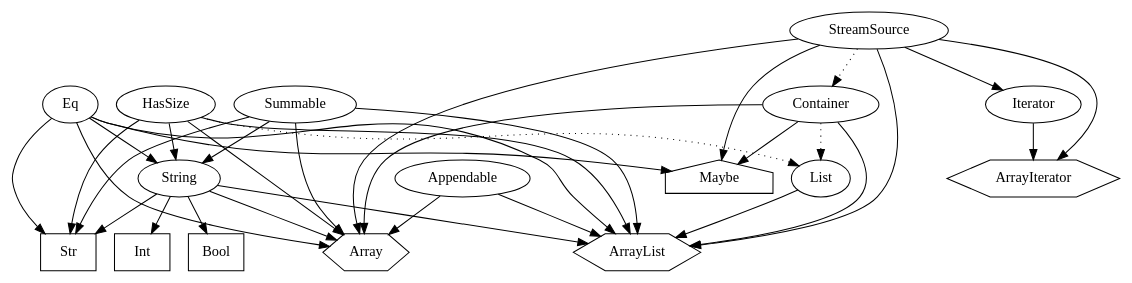
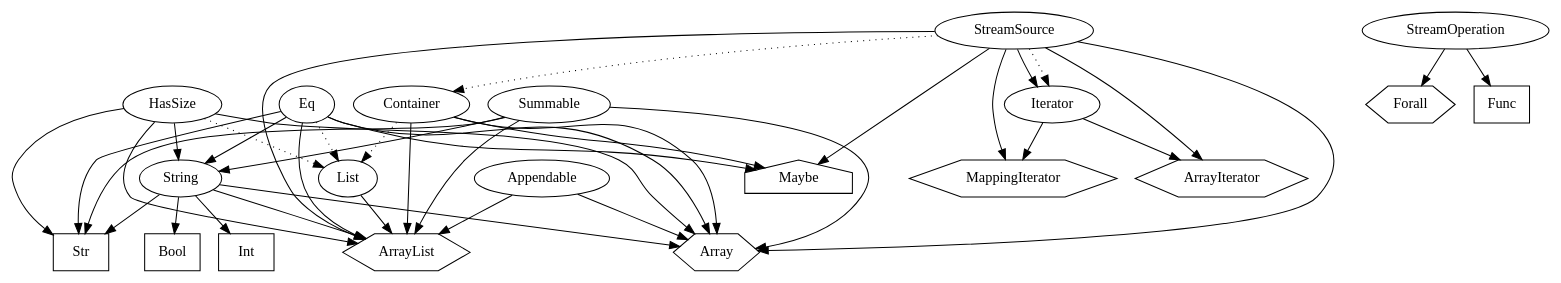
Before and after one commit to fergusq/pscript: the diagram in doc/types.dot, drawn with Graphviz. The commit also changed 7 other files, not shown here.

Commit message:
better error messages + MappingIterator and Forall

```diff
--- a/doc/types.dot
+++ b/doc/types.dot
@@ -1,68 +1,78 @@
 digraph G {
     // Models
     String [shape="oval"]
     HasSize [shape="oval"]
     Container [shape="oval", group="collections"]
     List [shape="oval", group="collections"]
     Summable [shape="oval", group="collections"]
     Appendable [shape="oval", group="collections"]
     
     StreamSource [shape="oval", group="pipes"]
     Iterator [shape="oval", group="iterators"]
     
     // Structs
     ArrayList [shape="hexagon", group="collections"]
     Array [shape="hexagon", group="collections"]
     ArrayIterator [shape="hexagon", group="iterators"]
+    MappingIterator [shape="hexagon", group="iterators"]
+    Forall [shape="hexagon", group="iterators"]
     
     // Enums
     Maybe [shape="house", group="collections"]
     
     // Primitive types
     Str [shape="box", group="primitives"]
     Int [shape="box", group="primitives"]
     Bool [shape="box", group="primitives"]
     //Char [shape="box", group="primitives"]
+    Func [shape="box", group="primitives"]
     
     String -> Int
     String -> Bool
     String -> Str
     String -> Array
     String -> ArrayList
     
     HasSize -> Str
     HasSize -> String
     HasSize -> Array
     HasSize -> ArrayList
     
     Eq -> Str
     Eq -> String
     Eq -> Array
     Eq -> ArrayList
     Eq -> Maybe
     
     StreamSource -> Container [style=dotted]
     Container -> Array
     Container -> ArrayList
     Container -> Maybe
     
     List -> ArrayList
     HasSize -> List [style=dotted]
     Container -> List [style=dotted]
+    Eq -> List [style=dotted]
     
     StreamSource -> Maybe
     StreamSource -> Array
     StreamSource -> ArrayList
     StreamSource -> Iterator
     StreamSource -> ArrayIterator
+    StreamSource -> MappingIterator
+    
+    StreamOperation -> Func
+    StreamOperation -> Forall
     
     Summable -> Str
     Summable -> String
     Summable -> Array
     Summable -> ArrayList
     
     Appendable -> Array
     Appendable -> ArrayList
     
+    StreamSource -> Iterator [style=dotted]
     Iterator -> ArrayIterator
+    Iterator -> MappingIterator
 }
```
